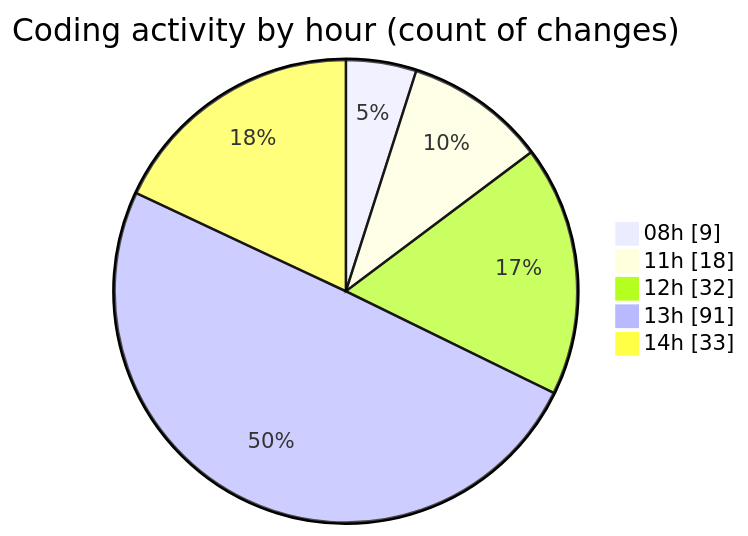
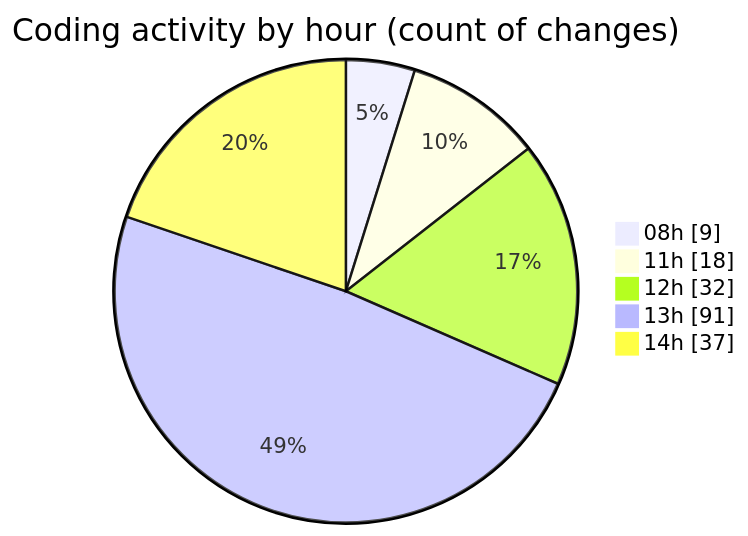
The second of 2 diagrams in 2026-04-17/cda/README.md (momahboobian/code-tracking), drawn with Mermaid before and after one commit. The commit also changed other lines of this file and 1 other file, not shown here.

````diff
--- a/2026-04-17/cda/README.md
+++ b/2026-04-17/cda/README.md
@@ -66,9 +67,9 @@
 ```mermaid
 pie showData
 title Coding activity by hour (count of changes)
 "08h" : 9
 "11h" : 18
 "12h" : 32
 "13h" : 91
-"14h" : 33
+"14h" : 37
 ```
````
